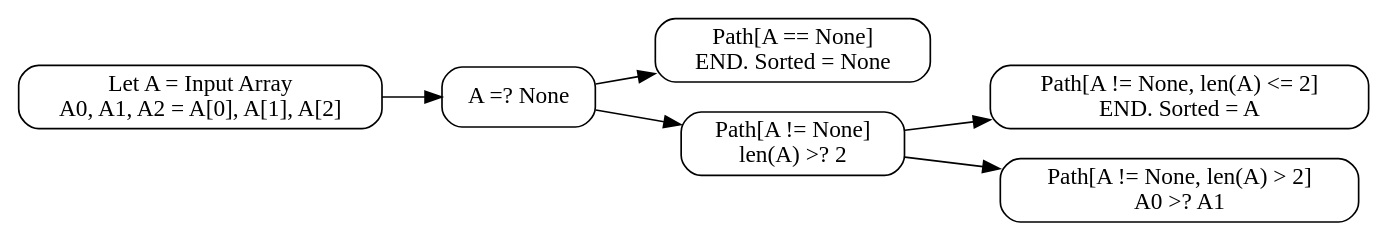
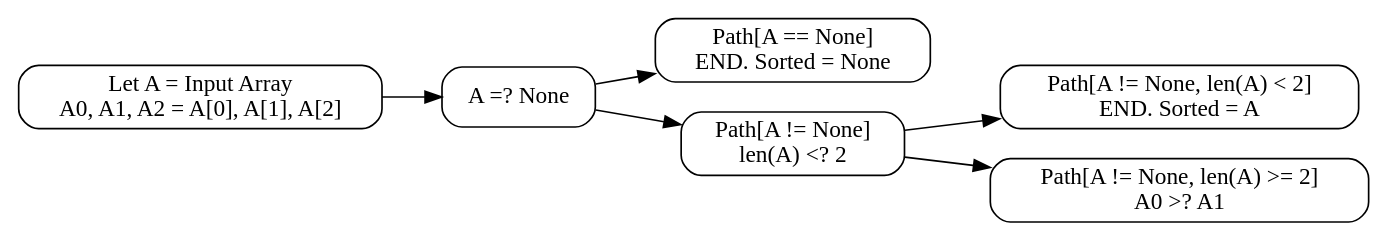
One commit to walterscarborough/verification-group-project changed the diagram in python/original/utils/bs_depth_3_preamble.dot. Above: the diagram before and after it, drawn with Graphviz. The commit also changed 3 other files, not shown here.

```diff
--- a/python/original/utils/bs_depth_3_preamble.dot
+++ b/python/original/utils/bs_depth_3_preamble.dot
@@ -1,9 +1,9 @@
 digraph G{
     rankdir = LR
     node [shape=box,style=rounded]
 	"Let A = Input Array\nA0, A1, A2 = A[0], A[1], A[2]" -> "A =? None";
 	"A =? None" -> "Path[A == None]\nEND. Sorted = None";
-	"A =? None" -> "Path[A != None]\nlen(A) >? 2";
-	"Path[A != None]\nlen(A) >? 2" -> "Path[A != None, len(A) <= 2]\nEND. Sorted = A"
-	"Path[A != None]\nlen(A) >? 2" -> "Path[A != None, len(A) > 2]\nA0 >? A1"
+	"A =? None" -> "Path[A != None]\nlen(A) <? 2";
+	"Path[A != None]\nlen(A) <? 2" -> "Path[A != None, len(A) < 2]\nEND. Sorted = A"
+	"Path[A != None]\nlen(A) <? 2" -> "Path[A != None, len(A) >= 2]\nA0 >? A1"
 }
```
